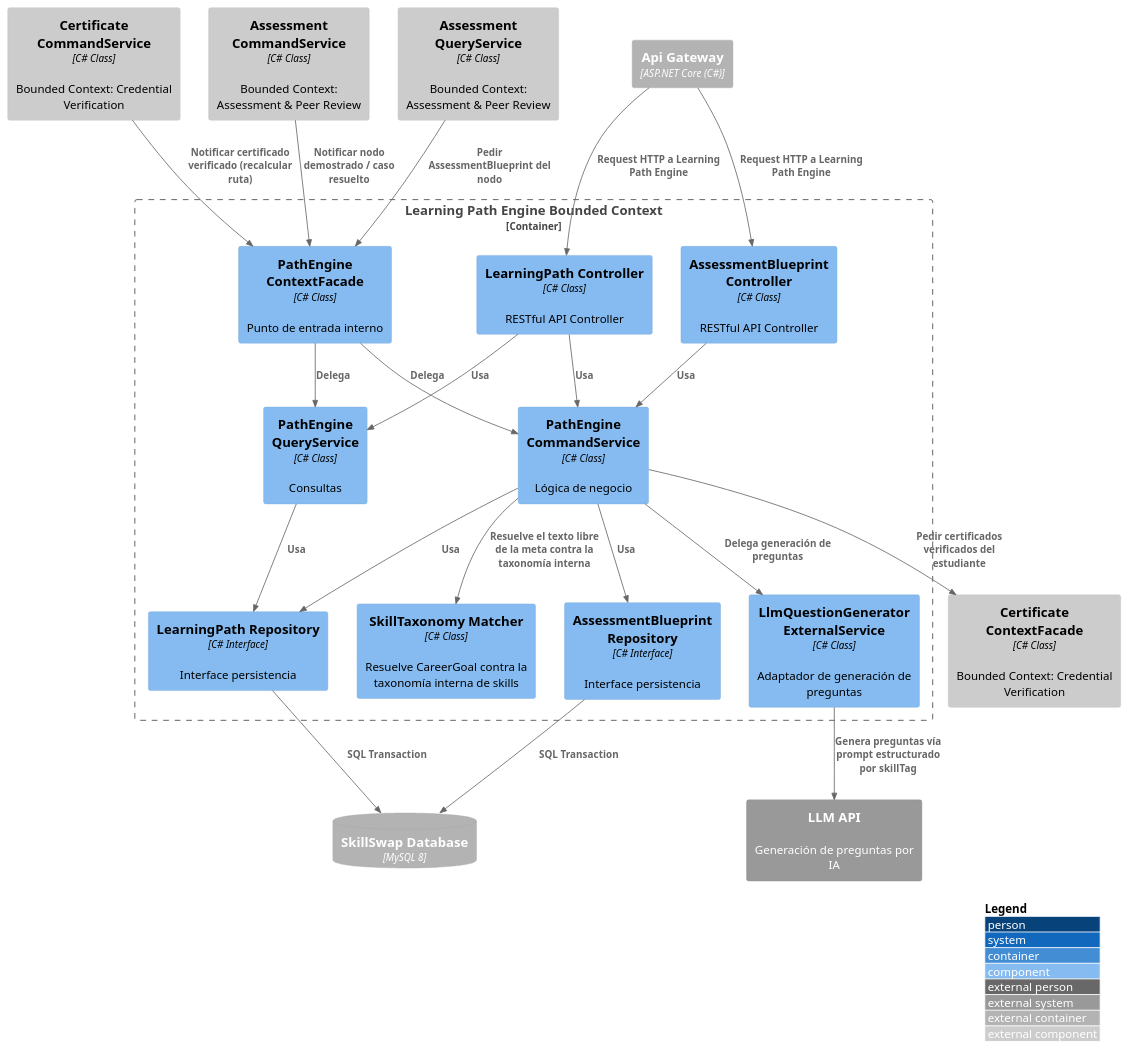
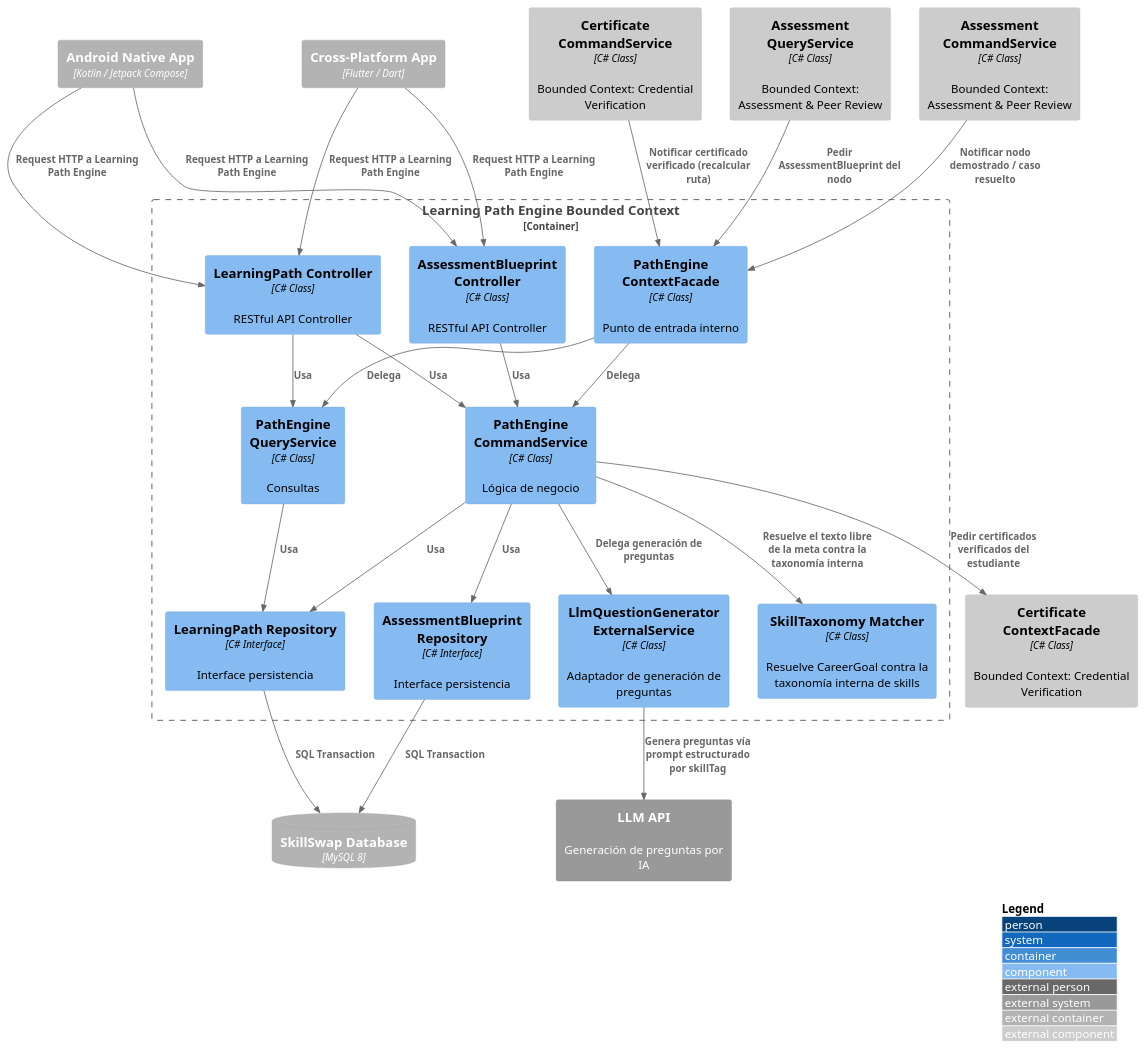
Before and after one commit to Aplicaciones-Dispositivos-Moviles/SkillSwap-ProjectReport: the diagram in DB&C4/Component Diagram — Learning & Assessment.puml, drawn with PlantUML. The commit also changed 20 other files, not shown here.

Commit message:
docs: modify C4 architecture diagrams per professor request

```diff
--- a/DB&C4/Component Diagram — Learning & Assessment.puml
+++ b/DB&C4/Component Diagram — Learning & Assessment.puml
@@ -1,54 +1,57 @@
 @startuml LearningPathEngineComponent
 !include https://raw.githubusercontent.com/plantuml-stdlib/C4-PlantUML/master/C4_Component.puml
 
 LAYOUT_WITH_LEGEND()
 
-Container_Ext(apiGateway, "Api Gateway", "ASP.NET Core (C#)")
+Container_Ext(androidApp, "Android Native App", "Kotlin / Jetpack Compose")
+Container_Ext(flutterApp, "Cross-Platform App", "Flutter / Dart")
 ContainerDb_Ext(mainDB, "SkillSwap Database", "MySQL 8")
 System_Ext(llmApi, "LLM API", "Generación de preguntas por IA")
 
 Container_Boundary(pathEngineBC, "Learning Path Engine Bounded Context") {
     Component(learningPathController, "LearningPath Controller", "C# Class", "RESTful API Controller")
     Component(assessmentBlueprintController, "AssessmentBlueprint Controller", "C# Class", "RESTful API Controller")
     Component(pathEngineCommandService, "PathEngine CommandService", "C# Class", "Lógica de negocio")
     Component(pathEngineQueryService, "PathEngine QueryService", "C# Class", "Consultas")
     Component(skillTaxonomyMatcher, "SkillTaxonomy Matcher", "C# Class", "Resuelve CareerGoal contra la taxonomía interna de skills")
     Component(learningPathRepository, "LearningPath Repository", "C# Interface", "Interface persistencia")
     Component(assessmentBlueprintRepository, "AssessmentBlueprint Repository", "C# Interface", "Interface persistencia")
     Component(llmGeneratorExternal, "LlmQuestionGenerator ExternalService", "C# Class", "Adaptador de generación de preguntas")
     Component(pathEngineContextFacade, "PathEngine ContextFacade", "C# Class", "Punto de entrada interno")
 }
 
 Component_Ext(credentialContextFacade, "Certificate ContextFacade", "C# Class", "Bounded Context: Credential Verification")
 Component_Ext(credentialCommandService, "Certificate CommandService", "C# Class", "Bounded Context: Credential Verification")
 
 Component_Ext(assessmentQueryService, "Assessment QueryService", "C# Class", "Bounded Context: Assessment & Peer Review")
 Component_Ext(assessmentCommandService, "Assessment CommandService", "C# Class", "Bounded Context: Assessment & Peer Review")
 
-Rel(apiGateway, learningPathController, "Request HTTP a Learning Path Engine")
-Rel(apiGateway, assessmentBlueprintController, "Request HTTP a Learning Path Engine")
+Rel(androidApp, learningPathController, "Request HTTP a Learning Path Engine")
+Rel(flutterApp, learningPathController, "Request HTTP a Learning Path Engine")
+Rel(androidApp, assessmentBlueprintController, "Request HTTP a Learning Path Engine")
+Rel(flutterApp, assessmentBlueprintController, "Request HTTP a Learning Path Engine")
 
 Rel(learningPathController, pathEngineCommandService, "Usa")
 Rel(learningPathController, pathEngineQueryService, "Usa")
 Rel(assessmentBlueprintController, pathEngineCommandService, "Usa")
 
 Rel(pathEngineCommandService, learningPathRepository, "Usa")
 Rel(pathEngineCommandService, assessmentBlueprintRepository, "Usa")
 Rel(pathEngineQueryService, learningPathRepository, "Usa")
 Rel(learningPathRepository, mainDB, "SQL Transaction")
 Rel(assessmentBlueprintRepository, mainDB, "SQL Transaction")
 
 Rel(pathEngineCommandService, skillTaxonomyMatcher, "Resuelve el texto libre de la meta contra la taxonomía interna")
 Rel(pathEngineCommandService, llmGeneratorExternal, "Delega generación de preguntas")
 Rel(llmGeneratorExternal, llmApi, "Genera preguntas vía prompt estructurado por skillTag")
 
 Rel(pathEngineCommandService, credentialContextFacade, "Pedir certificados verificados del estudiante")
 
 Rel(pathEngineContextFacade, pathEngineCommandService, "Delega")
 Rel(pathEngineContextFacade, pathEngineQueryService, "Delega")
 
 Rel(credentialCommandService, pathEngineContextFacade, "Notificar certificado verificado (recalcular ruta)")
 Rel(assessmentQueryService, pathEngineContextFacade, "Pedir AssessmentBlueprint del nodo")
 Rel(assessmentCommandService, pathEngineContextFacade, "Notificar nodo demostrado / caso resuelto")
 
 @enduml
```
